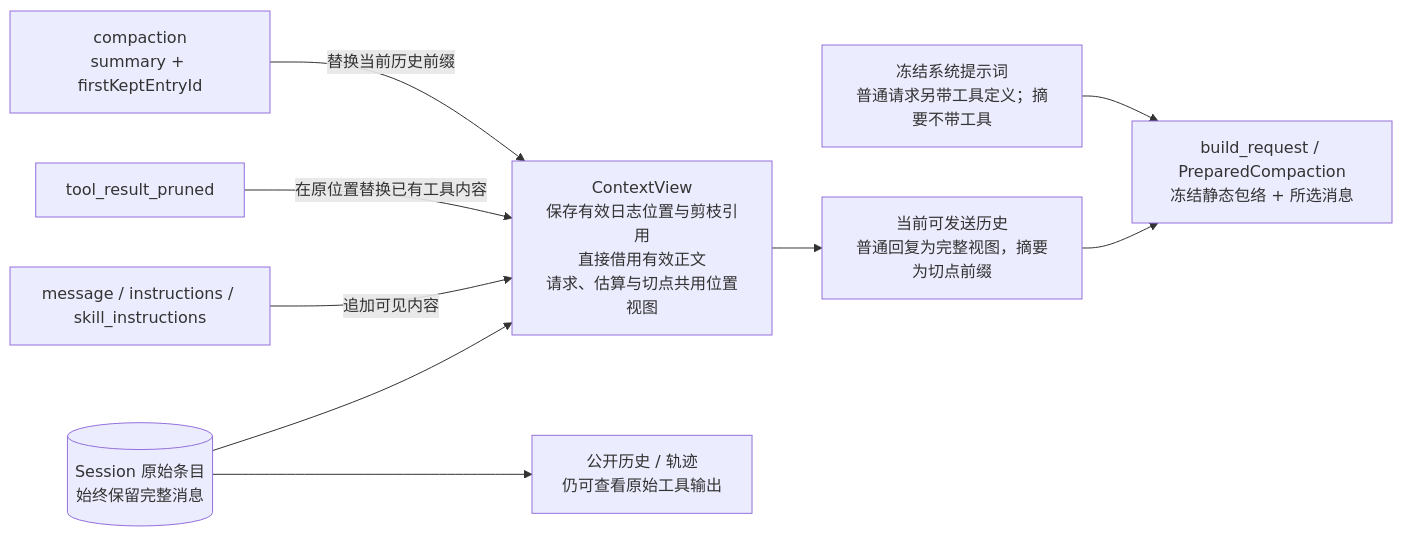
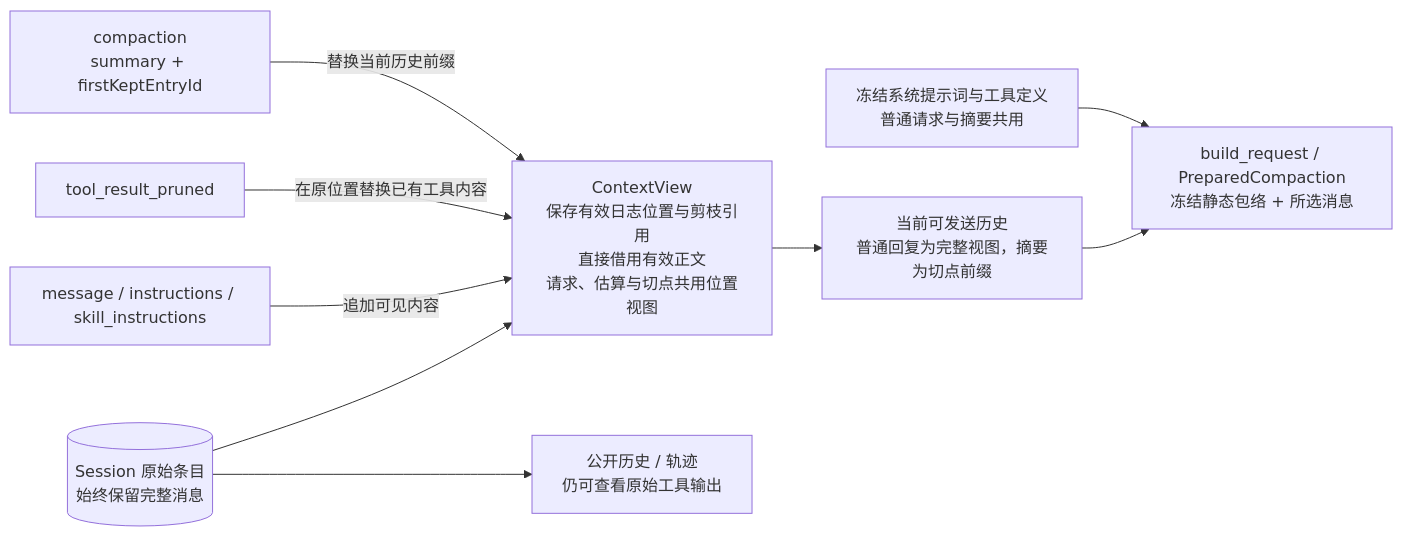
One commit to qjcnmd/singularity-agent changed diagram 22 of 29 in docs/singularity.md. Above: the diagram before and after it, drawn with Mermaid. The commit also changed other lines of this file and 10 other files, not shown here.

````diff
--- a/docs/singularity.md
+++ b/docs/singularity.md
@@ -610,12 +610,12 @@
 ```mermaid
 flowchart LR
     Ledger[("Session 原始条目<br/>始终保留完整消息")]
     Ledger --> Context["ContextView<br/>保存有效日志位置与剪枝引用<br/>直接借用有效正文<br/>请求、估算与切点共用位置视图"]
     Ledger --> Public["公开历史 / 轨迹<br/>仍可查看原始工具输出"]
     Message["message / instructions / skill_instructions"] -->|"追加可见内容"| Context
     Prune["tool_result_pruned"] -->|"在原位置替换已有工具内容"| Context
     Compact["compaction<br/>summary + firstKeptEntryId"] -->|"替换当前历史前缀"| Context
     Context --> History["当前可发送历史<br/>普通回复为完整视图，摘要为切点前缀"]
     History --> Request["build_request / PreparedCompaction<br/>冻结静态包络 + 所选消息"]
-    System["冻结系统提示词<br/>普通请求另带工具定义；摘要不带工具"] --> Request
+    System["冻结系统提示词与工具定义<br/>普通请求与摘要共用"] --> Request
 ```
````
